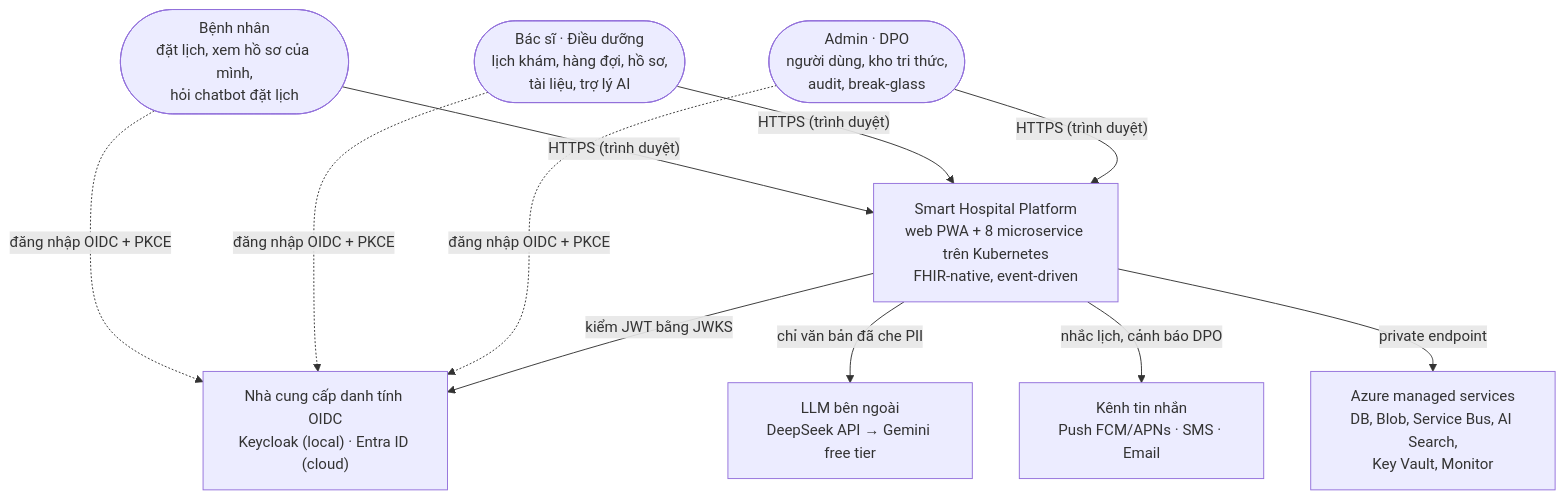
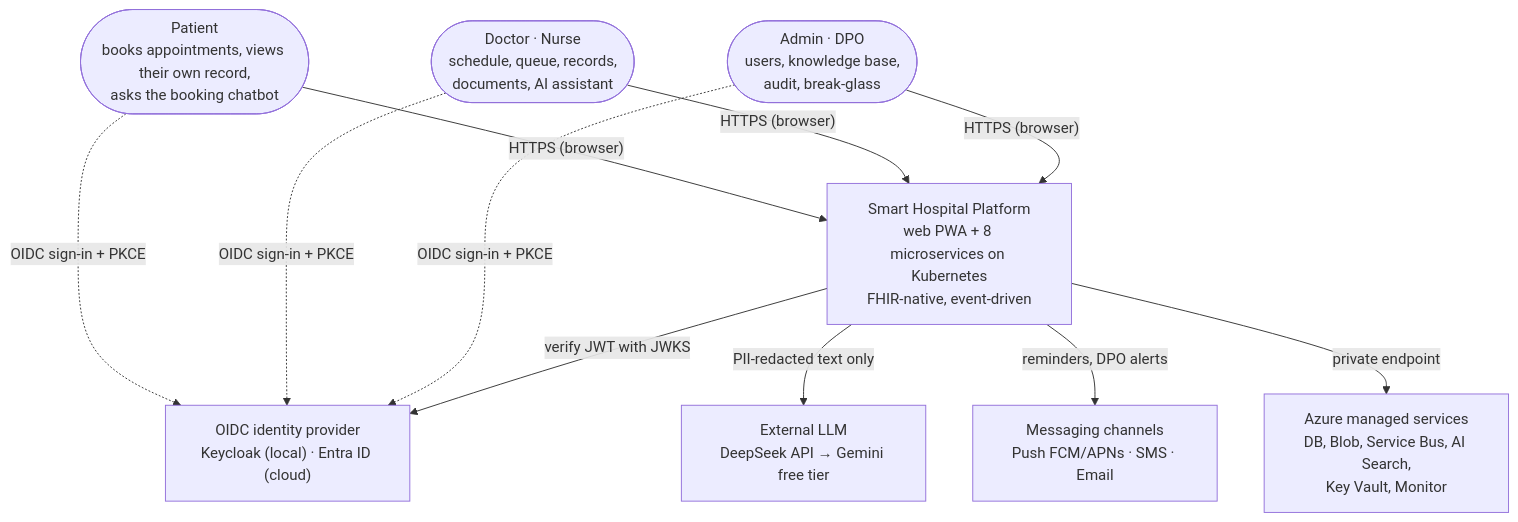
One commit to viethung12062005/smart-hospital-platform changed the first of 18 diagrams in docs/03-architecture/architecture-diagrams.md. Above: the diagram before and after it, drawn with Mermaid. The commit also changed other lines of this file and 346 other files, not shown here.

````diff
--- a/docs/03-architecture/architecture-diagrams.md
+++ b/docs/03-architecture/architecture-diagrams.md
@@ -30,20 +30,20 @@
 ```mermaid
 flowchart TB
-  PAT(["Bệnh nhân<br/>đặt lịch, xem hồ sơ của mình,<br/>hỏi chatbot đặt lịch"])
-  STF(["Bác sĩ · Điều dưỡng<br/>lịch khám, hàng đợi, hồ sơ,<br/>tài liệu, trợ lý AI"])
-  ADM(["Admin · DPO<br/>người dùng, kho tri thức,<br/>audit, break-glass"])
+  PAT(["Patient<br/>books appointments, views their own record,<br/>asks the booking chatbot"])
+  STF(["Doctor · Nurse<br/>schedule, queue, records,<br/>documents, AI assistant"])
+  ADM(["Admin · DPO<br/>users, knowledge base,<br/>audit, break-glass"])
 
-  SHP["Smart Hospital Platform<br/>web PWA + 8 microservice trên Kubernetes<br/>FHIR-native, event-driven"]
+  SHP["Smart Hospital Platform<br/>web PWA + 8 microservices on Kubernetes<br/>FHIR-native, event-driven"]
 
-  IDP["Nhà cung cấp danh tính OIDC<br/>Keycloak (local) · Entra ID (cloud)"]
-  LLM["LLM bên ngoài<br/>DeepSeek API → Gemini free tier"]
-  MSG["Kênh tin nhắn<br/>Push FCM/APNs · SMS · Email"]
+  IDP["OIDC identity provider<br/>Keycloak (local) · Entra ID (cloud)"]
+  LLM["External LLM<br/>DeepSeek API → Gemini free tier"]
+  MSG["Messaging channels<br/>Push FCM/APNs · SMS · Email"]
   AZ["Azure managed services<br/>DB, Blob, Service Bus, AI Search,<br/>Key Vault, Monitor"]
 
-  PAT & STF & ADM -- "HTTPS (trình duyệt)" --> SHP
-  PAT & STF & ADM -. "đăng nhập OIDC + PKCE" .-> IDP
-  SHP -- "kiểm JWT bằng JWKS" --> IDP
-  SHP -- "chỉ văn bản đã che PII" --> LLM
-  SHP -- "nhắc lịch, cảnh báo DPO" --> MSG
+  PAT & STF & ADM -- "HTTPS (browser)" --> SHP
+  PAT & STF & ADM -. "OIDC sign-in + PKCE" .-> IDP
+  SHP -- "verify JWT with JWKS" --> IDP
+  SHP -- "PII-redacted text only" --> LLM
+  SHP -- "reminders, DPO alerts" --> MSG
   SHP -- "private endpoint" --> AZ
 ```
````
